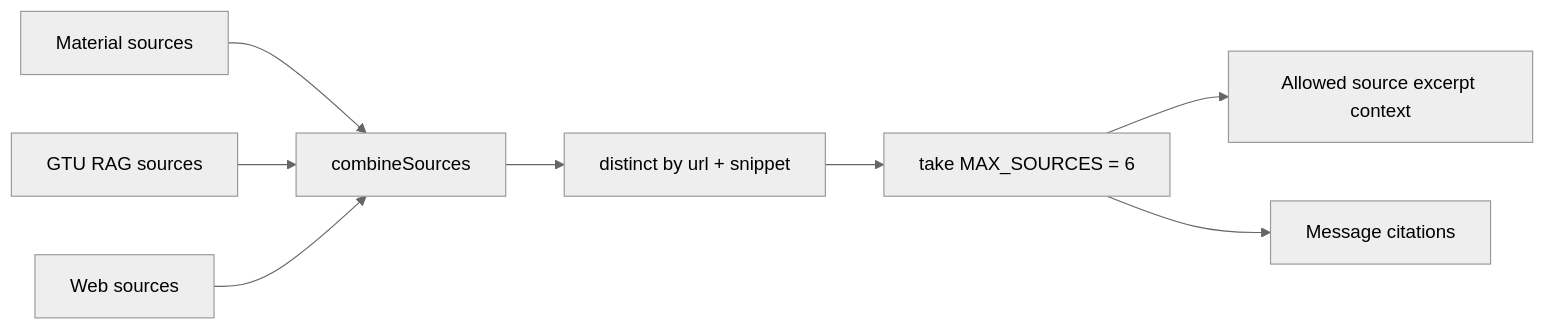
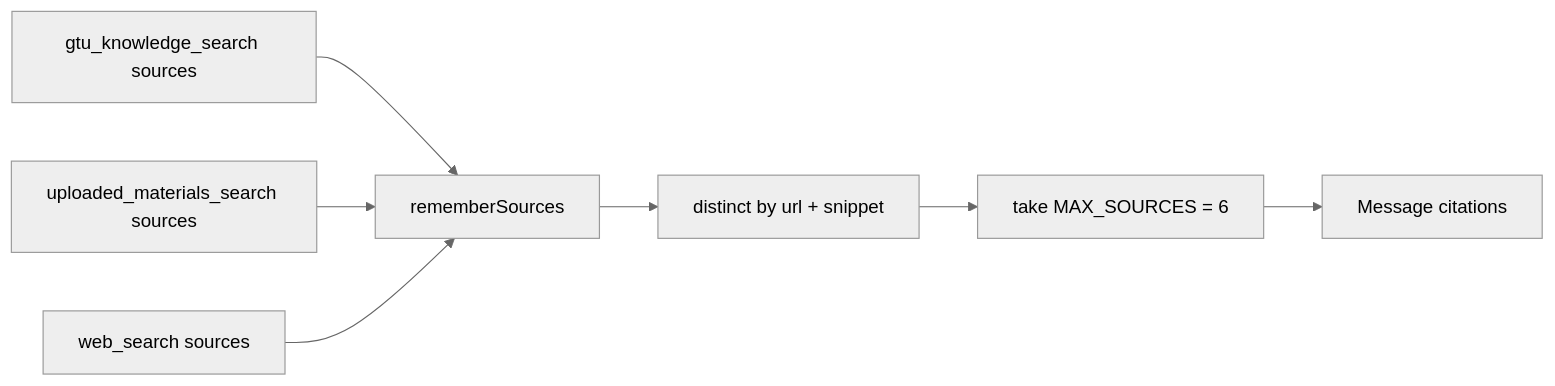
Before and after one commit to ErikGajiumarovi/gtu_ai_assistant: the eighth of 11 diagrams in DIPLOMA_DESCRIPTION.md, drawn with Mermaid (neutral theme). The commit also changed other lines of this file and 7 other files, not shown here.

````diff
--- a/DIPLOMA_DESCRIPTION.md
+++ b/DIPLOMA_DESCRIPTION.md
@@ -778,19 +817,17 @@
 ```mermaid
 flowchart LR
-    Materials["Material sources"]
-    Gtu["GTU RAG sources"]
-    Web["Web sources"]
-    Combine["combineSources"]
+    Gtu["gtu_knowledge_search sources"]
+    Materials["uploaded_materials_search sources"]
+    Web["web_search sources"]
+    Remember["rememberSources"]
     Dedupe["distinct by url + snippet"]
     Limit["take MAX_SOURCES = 6"]
-    PromptContext["Allowed source excerpt context"]
     Citations["Message citations"]
 
-    Materials --> Combine
-    Gtu --> Combine
-    Web --> Combine
-    Combine --> Dedupe
+    Gtu --> Remember
+    Materials --> Remember
+    Web --> Remember
+    Remember --> Dedupe
     Dedupe --> Limit
-    Limit --> PromptContext
     Limit --> Citations
 ```
````
